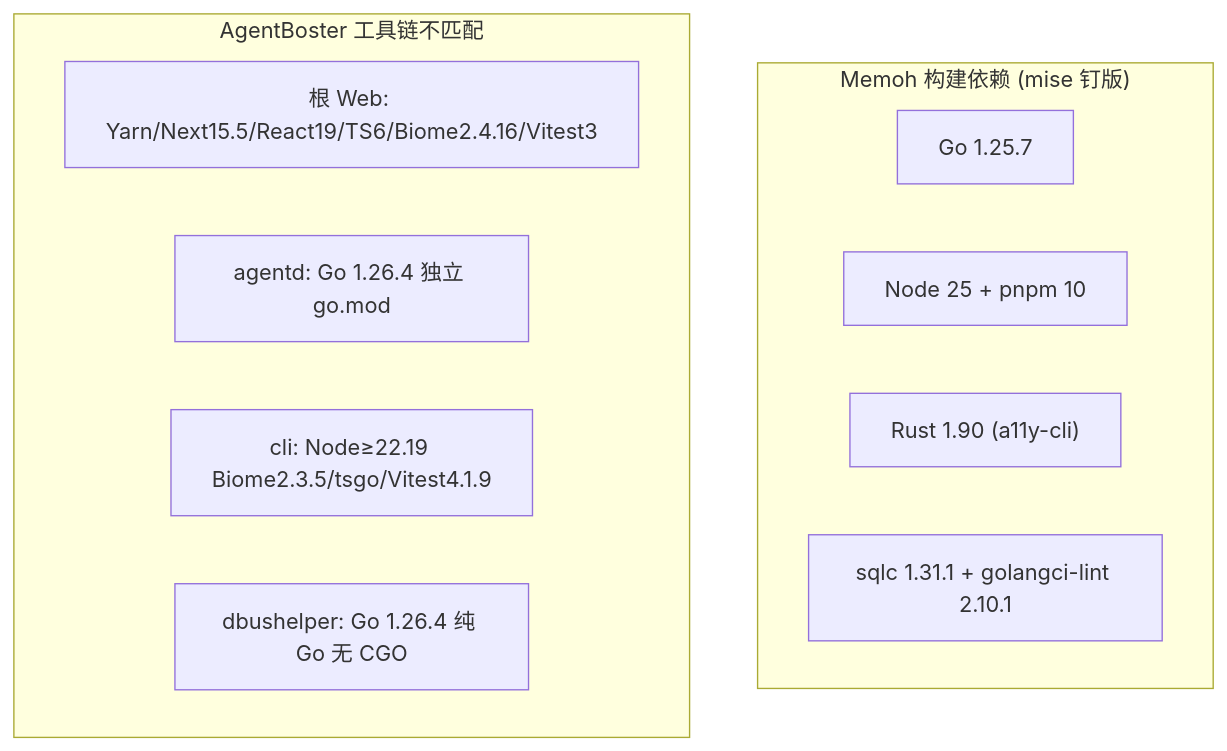
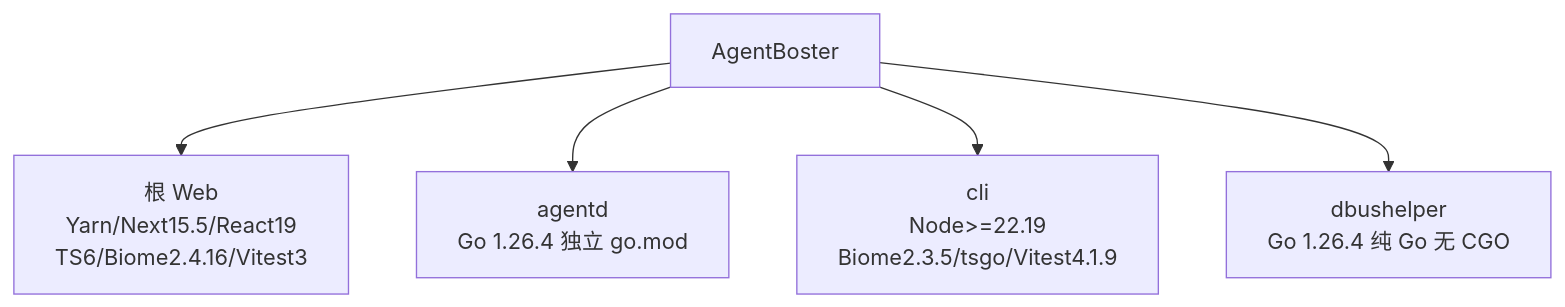
Diagram 18 of 32 in docs/memoh-vs-agentboster.md (NekoSekaiMoe/agentboster), drawn with Mermaid before and after one commit. The commit also changed other lines of this file, not shown here.

````diff
--- a/docs/memoh-vs-agentboster.md
+++ b/docs/memoh-vs-agentboster.md
@@ -210,15 +261,7 @@
 ```mermaid
 flowchart TB
-    subgraph Memoh["Memoh 构建依赖 (mise 钉版)"]
-        MG["Go 1.25.7"]
-        MN["Node 25 + pnpm 10"]
-        MR["Rust 1.90 (a11y-cli)"]
-        MS["sqlc 1.31.1 + golangci-lint 2.10.1"]
-    end
-    subgraph AgentBoster["AgentBoster 工具链不匹配"]
-        AR["根 Web: Yarn/Next15.5/React19/TS6/Biome2.4.16/Vitest3"]
-        AA["agentd: Go 1.26.4 独立 go.mod"]
-        AC["cli: Node≥22.19 Biome2.3.5/tsgo/Vitest4.1.9"]
-        AD["dbushelper: Go 1.26.4 纯 Go 无 CGO"]
-    end
+    B1["AgentBoster"] --> B2["根 Web<br/>Yarn/Next15.5/React19<br/>TS6/Biome2.4.16/Vitest3"]
+    B1 --> B3["agentd<br/>Go 1.26.4 独立 go.mod"]
+    B1 --> B4["cli<br/>Node>=22.19<br/>Biome2.3.5/tsgo/Vitest4.1.9"]
+    B1 --> B5["dbushelper<br/>Go 1.26.4 纯 Go 无 CGO"]
 ```
````
